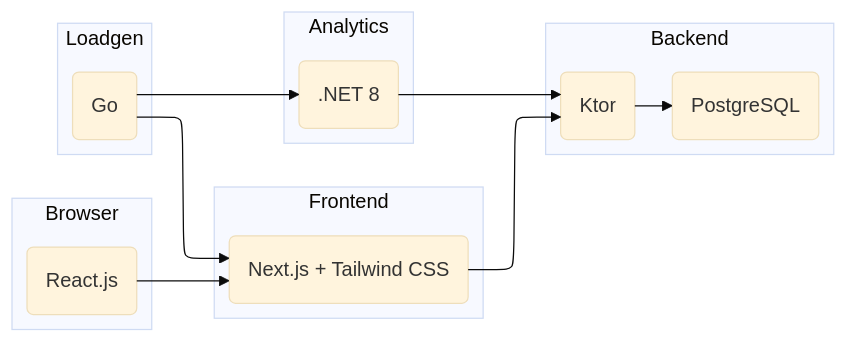
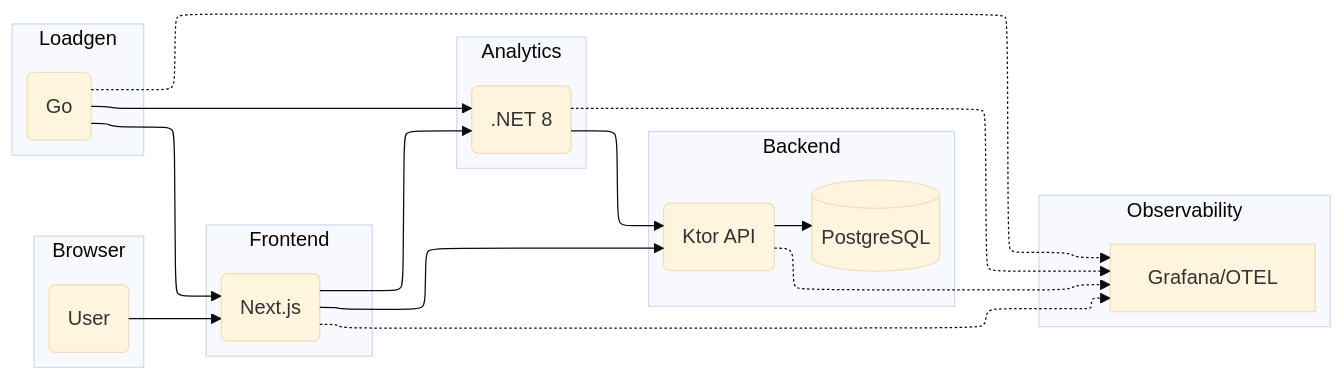
Before and after one commit to nais/examples: the diagram in README.md, drawn with Mermaid (base theme). The commit also changed other lines of this file and 40 other files, not shown here.

````diff
--- a/README.md
+++ b/README.md
@@ -43,37 +70,47 @@
 ```mermaid
 ---
 config:
   flowchart:
     defaultRenderer: elk
 ---
 graph LR
 
   subgraph Browser
-  A(React.js)
+  A(User)
   end
 
   subgraph Frontend
-  B(Next.js + Tailwind CSS)
+  B(Next.js)
   end
 
   subgraph Backend
-  C(Ktor)
-  D(PostgreSQL)
+  C(Ktor API)
+  D[(PostgreSQL)]
   end
 
   subgraph Analytics
   F(.NET 8)
   end
 
   subgraph Loadgen
   E(Go)
   end
 
+  subgraph Observability
+  G[Grafana/OTEL]
+  end
+
   A --> B
   B --> C
+  B --> F
   C --> D
   F --> C
   E --> B
   E --> F
 
+  B -.-> G
+  C -.-> G
+  F -.-> G
+  E -.-> G
+
 ```
````
